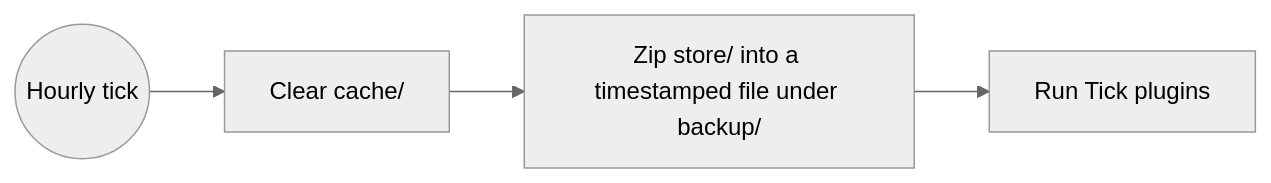
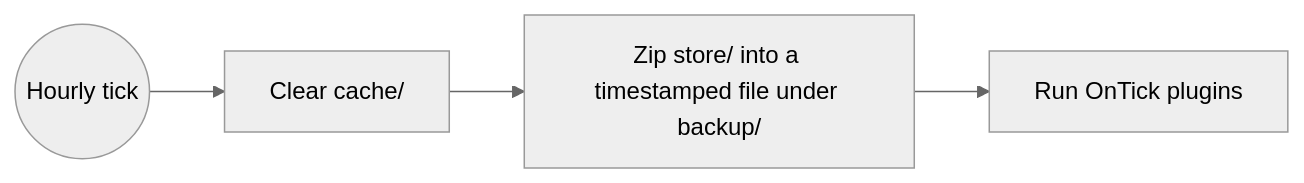
Before and after one commit to KilroyWasHere-cs-j/Dewey: the fourth of 4 diagrams in README.md, drawn with Mermaid (neutral theme). The commit also changed other lines of this file and 2 other files, not shown here.

````diff
--- a/README.md
+++ b/README.md
@@ -127,6 +129,6 @@
 ```mermaid
 flowchart LR
     T(("Hourly tick")) --> A["Clear cache/"]
     A --> B["Zip store/ into a timestamped file under backup/"]
-    B --> C["Run Tick plugins"]
+    B --> C["Run OnTick plugins"]
 ```
````
